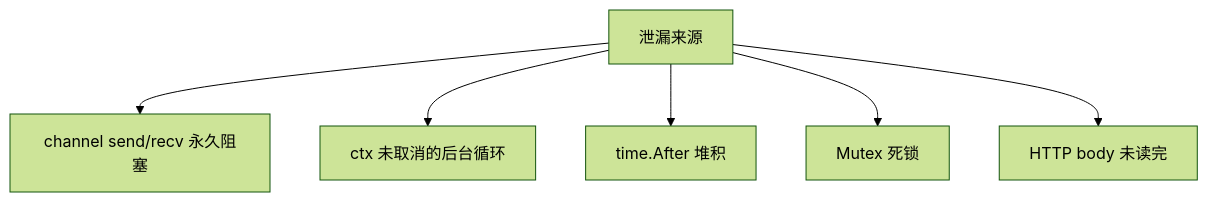
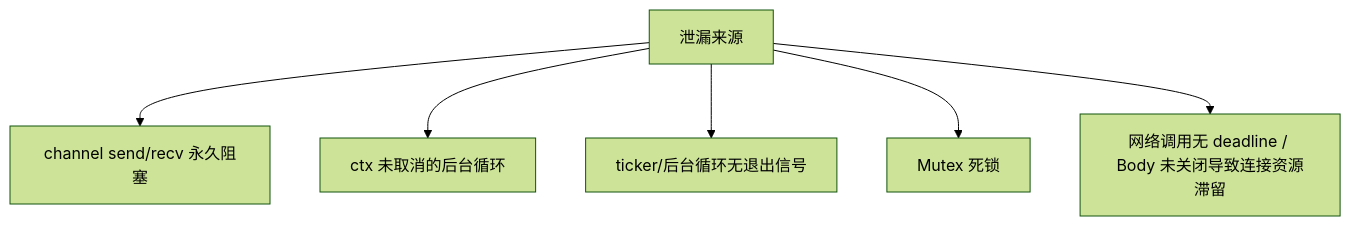
The diagram in docs/interview/01-runtime-concurrency/S-CONC-13-goroutine-leak.md (twodog-tt/Golang-development-manual), drawn with Mermaid (forest theme) before and after one commit. The commit also changed other lines of this file and 438 other files, not shown here.

````diff
--- a/docs/interview/01-runtime-concurrency/S-CONC-13-goroutine-leak.md
+++ b/docs/interview/01-runtime-concurrency/S-CONC-13-goroutine-leak.md
@@ -32,8 +33,8 @@
 ```mermaid
 flowchart TB
   Leak[泄漏来源] --> C1[channel send/recv 永久阻塞]
   Leak --> C2[ctx 未取消的后台循环]
-  Leak --> C3[time.After 堆积]
+  Leak --> C3[ticker/后台循环无退出信号]
   Leak --> C4[Mutex 死锁]
-  Leak --> C5[HTTP body 未读完]
+  Leak --> C5[网络调用无 deadline / Body 未关闭导致连接资源滞留]
 ```
````
